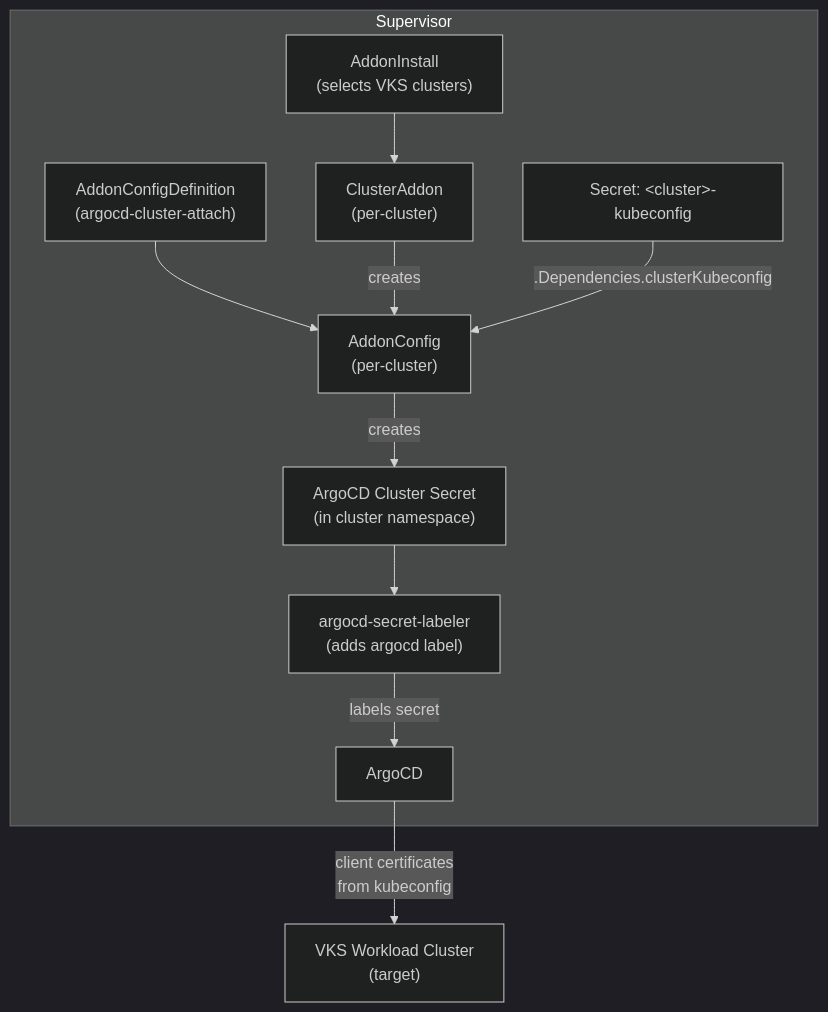
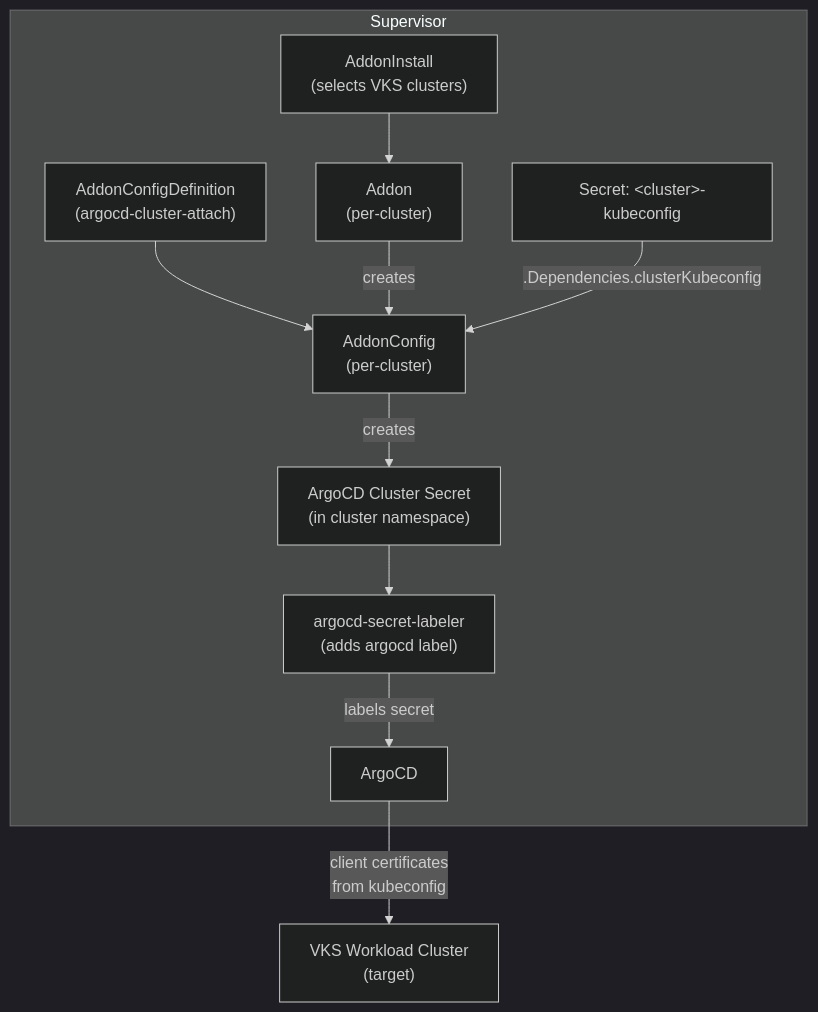
The diagram in README.md (papivot/argocd-supervisorsvc-autoattach), drawn with Mermaid (dark theme) before and after one commit. The commit also changed other lines of this file, not shown here.

````diff
--- a/README.md
+++ b/README.md
@@ -9,23 +9,23 @@
 ```mermaid
 graph TD
     subgraph Supervisor
         ACD["AddonConfigDefinition<br/>(argocd-cluster-attach)"]
         AI["AddonInstall<br/>(selects VKS clusters)"]
-        CA["ClusterAddon<br/>(per-cluster)"]
+        CA["Addon<br/>(per-cluster)"]
         AC["AddonConfig<br/>(per-cluster)"]
         KC["Secret: &lt;cluster&gt;-kubeconfig"]
         CS["ArgoCD Cluster Secret<br/>(in cluster namespace)"]
         SL["argocd-secret-labeler<br/>(adds argocd label)"]
         ARGO["ArgoCD"]
 
         ACD --> AC
         AI --> CA
         CA -- creates --> AC
         KC -- ".Dependencies.clusterKubeconfig" --> AC
         AC -- creates --> CS
         CS --> SL
         SL -- "labels secret" --> ARGO
     end
 
     ARGO -- "client certificates<br/>from kubeconfig" --> VKS["VKS Workload Cluster<br/>(target)"]
 ```
````
